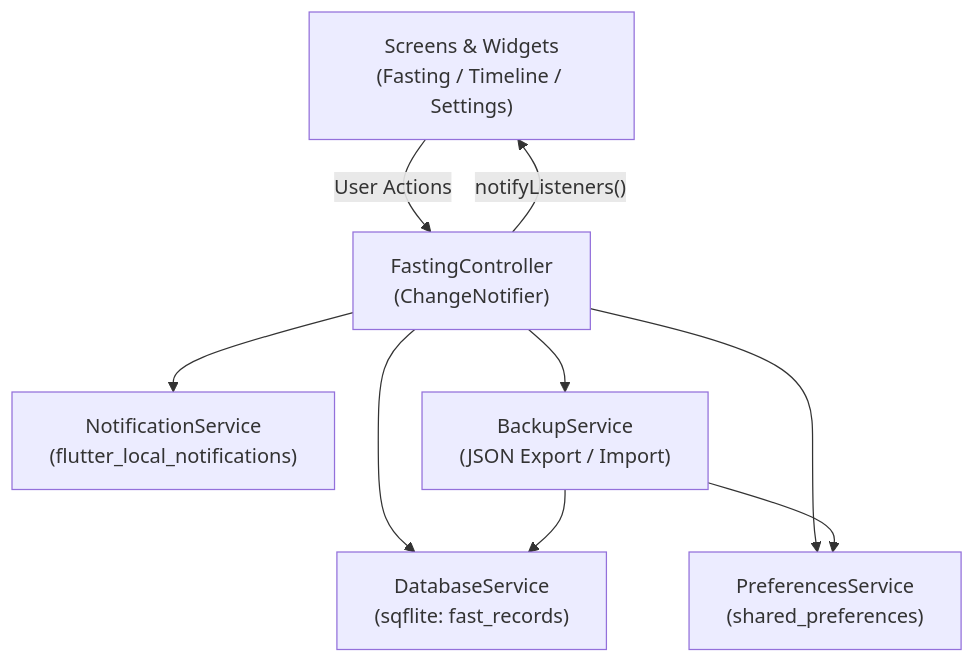
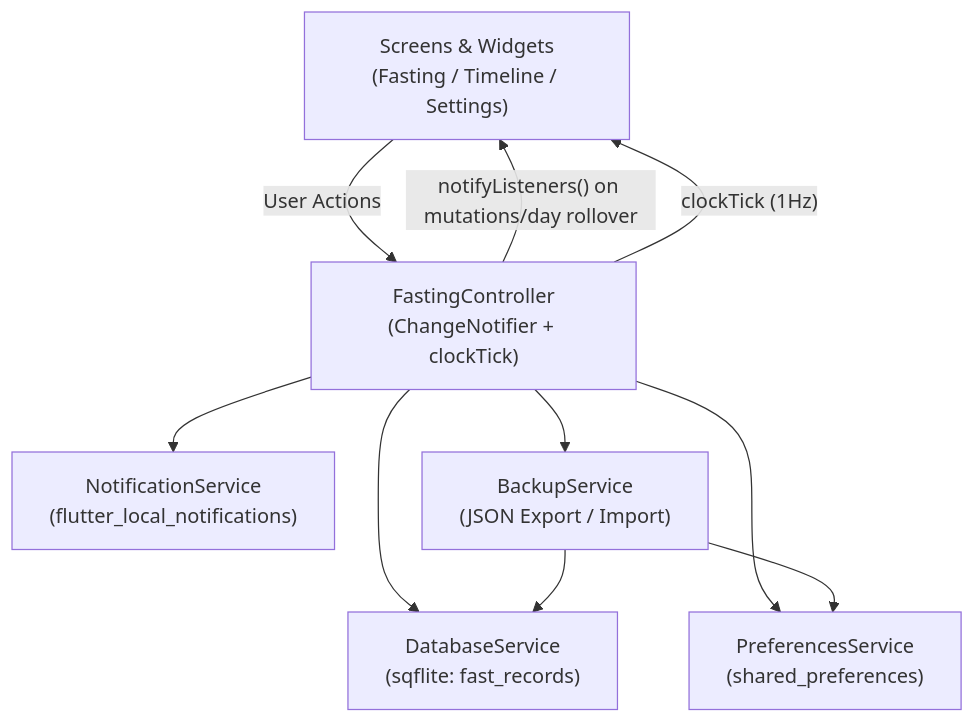
Before and after one commit to john20xdoe/fast-o-clock: the diagram in design/ARCHITECTURE.md, drawn with Mermaid. The commit also changed other lines of this file and 3 other files, not shown here.

Commit message:
doc: sync ARCHITECTURE, DATA_MODEL, UI_SPEC nd refresh PLAN with new todos or Timeline design

````diff
--- a/design/ARCHITECTURE.md
+++ b/design/ARCHITECTURE.md
@@ -67,18 +78,19 @@
 ```mermaid
 flowchart TD
     UI["Screens & Widgets\n(Fasting / Timeline / Settings)"]
-    CTRL["FastingController\n(ChangeNotifier)"]
+    CTRL["FastingController\n(ChangeNotifier + clockTick)"]
     DB["DatabaseService\n(sqflite: fast_records)"]
     PREF["PreferencesService\n(shared_preferences)"]
     NOTIF["NotificationService\n(flutter_local_notifications)"]
     BKUP["BackupService\n(JSON Export / Import)"]
 
     UI -->|"User Actions"| CTRL
-    CTRL -->|"notifyListeners()"| UI
+    CTRL -->|"notifyListeners() on mutations/day rollover"| UI
+    CTRL -->|"clockTick (1Hz)"| UI
     CTRL --> DB
     CTRL --> PREF
     CTRL --> NOTIF
     CTRL --> BKUP
     BKUP --> DB
     BKUP --> PREF
 ```
````
